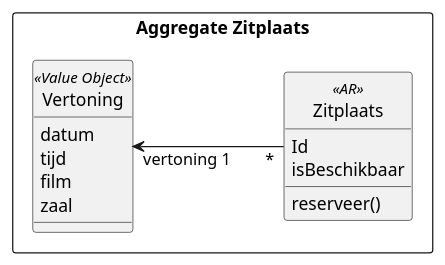
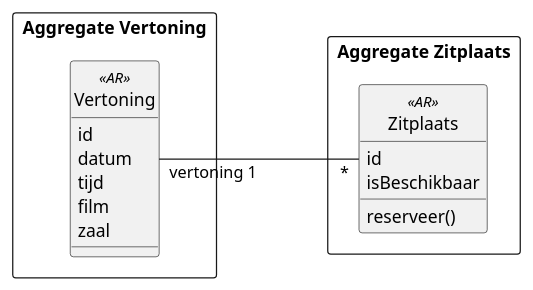
Before and after one commit to AIM-ENE/doex-opdracht-3: the diagram in oefeningen/les-3/lesprogramma/onderdeel2a/optie2.puml, drawn with PlantUML. The commit also changed 3 other files, not shown here.

```diff
--- a/oefeningen/les-3/lesprogramma/onderdeel2a/optie2.puml
+++ b/oefeningen/les-3/lesprogramma/onderdeel2a/optie2.puml
@@ -1,23 +1,25 @@
 @startuml
 
 hide circle
 
 left to right direction
 
-rectangle "Aggregate Zitplaats" {
-    class Vertoning <<Value Object>> {
+rectangle "Aggregate Vertoning" {
+    class Vertoning <<AR>> {
+        id
         datum
         tijd
         film
         zaal
     }
-
+}
+rectangle "Aggregate Zitplaats" {
     class Zitplaats <<AR>> {
-        Id
+        id
         isBeschikbaar
         reserveer()
     }
 }
 
-Vertoning "vertoning 1" <--- "*" Zitplaats
+Vertoning "vertoning 1" --- "*" Zitplaats
 @enduml
```
